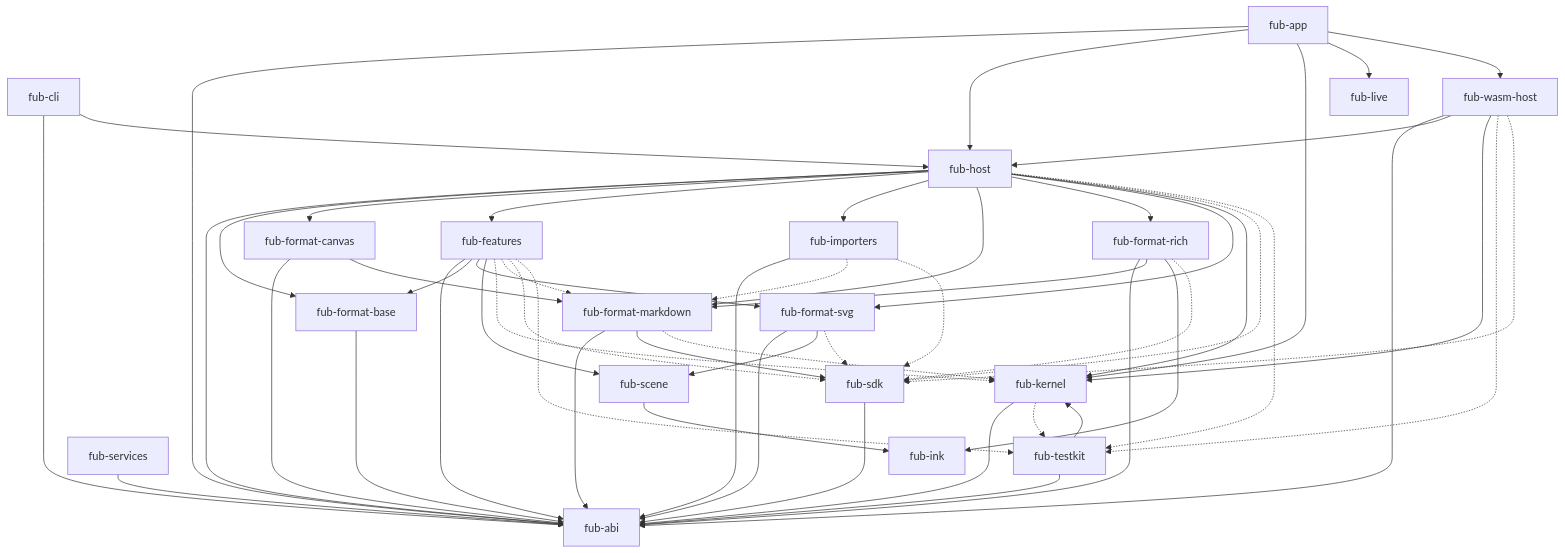
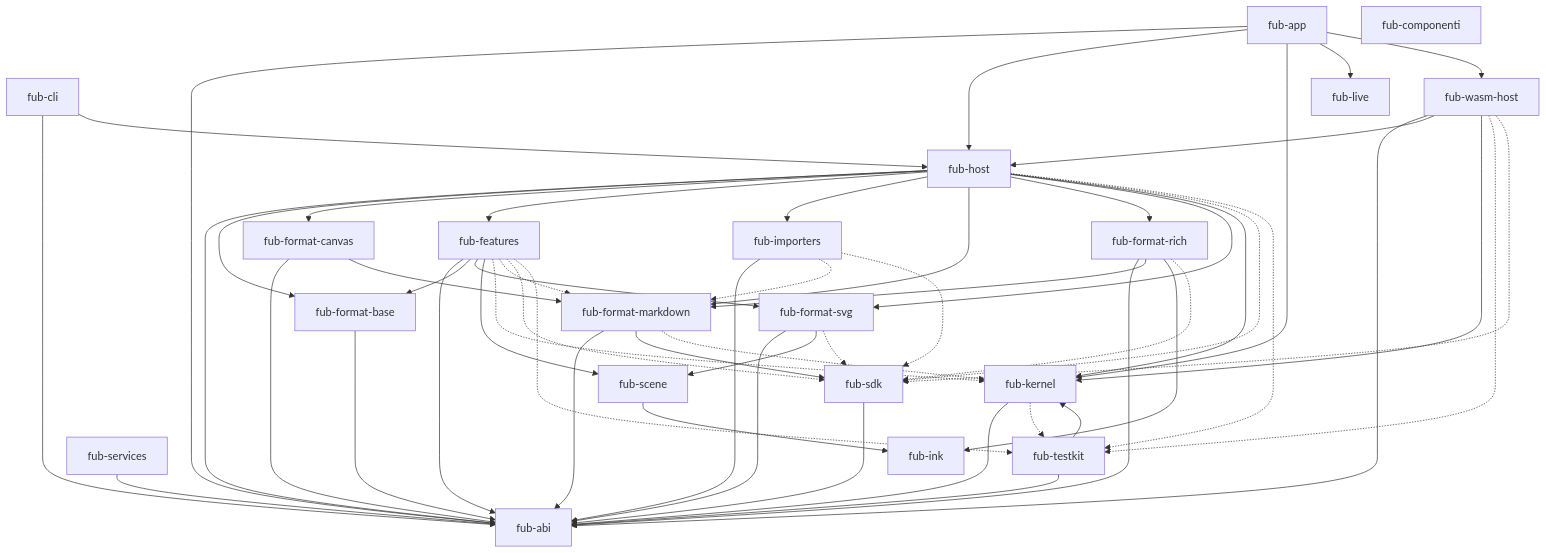
Before and after one commit to Fubeo/Fub: the first of 4 diagrams in docs/architecture/overview.md, drawn with Mermaid. The commit also changed other lines of this file and 6 other files, not shown here.

Commit message:
feat(fub-componenti): il risolutore dei componenti (K1 T2)

````diff
--- a/docs/architecture/overview.md
+++ b/docs/architecture/overview.md
@@ -29,81 +29,82 @@
 ```mermaid
 flowchart TD
     %% @grafo-dipendenze
     %% Questo blocco è confrontato con cargo metadata da dependency_invariant.rs.
 
     app["fub-app"]
     host["fub-host"]
     features["fub-features"]
     markdown["fub-format-markdown"]
     base["fub-format-base"]
     canvas["fub-format-canvas"]
     svg["fub-format-svg"]
     scene["fub-scene"]
     ink["fub-ink"]
+    componenti["fub-componenti"]
     rich["fub-format-rich"]
     importers["fub-importers"]
     cli["fub-cli"]
     services["fub-services"]
     live["fub-live"]
     wasmhost["fub-wasm-host"]
     sdk["fub-sdk"]
     testkit["fub-testkit"]
     kernel["fub-kernel"]
     abi["fub-abi"]
 
     app --> abi
     app --> host
     app --> kernel
     app --> live
     app --> wasmhost
     host --> abi
     host --> base
     host --> canvas
     host --> features
     host --> importers
     host --> markdown
     host --> rich
     host --> svg
     host --> kernel
     cli --> abi
     cli --> host
     services --> abi
     base --> abi
     canvas --> abi
     canvas --> markdown
     rich --> abi
     rich --> markdown
     rich --> ink
     importers --> abi
     features --> abi
     features --> base
     features --> svg
     features --> scene
     markdown --> abi
     markdown --> sdk
     svg --> abi
     svg --> scene
     scene --> ink
     wasmhost --> abi
     wasmhost --> host
     wasmhost --> kernel
     kernel --> abi
     sdk --> abi
     testkit --> abi
     testkit --> kernel
 
     features -.-> kernel
     features -.-> markdown
     features -.-> sdk
     features -.-> testkit
     markdown -.-> kernel
     kernel -.-> testkit
     host -.-> sdk
     host -.-> testkit
     wasmhost -.-> testkit
     wasmhost -.-> sdk
     importers -.-> markdown
     importers -.-> sdk
     svg -.-> sdk
     rich -.-> sdk
 ```
````
